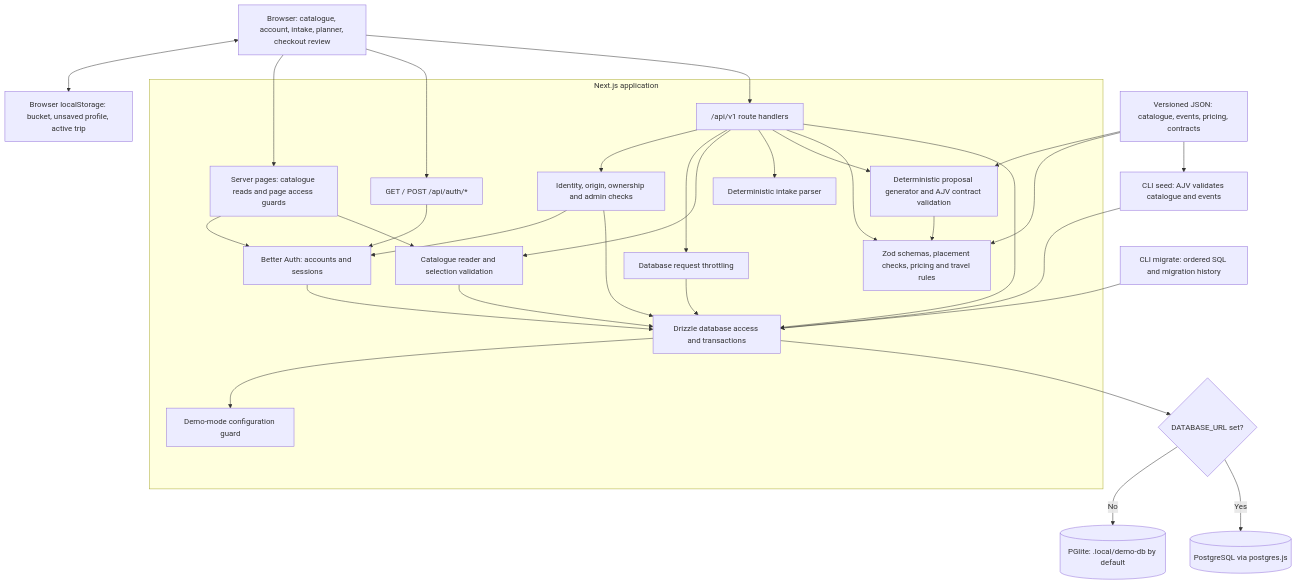
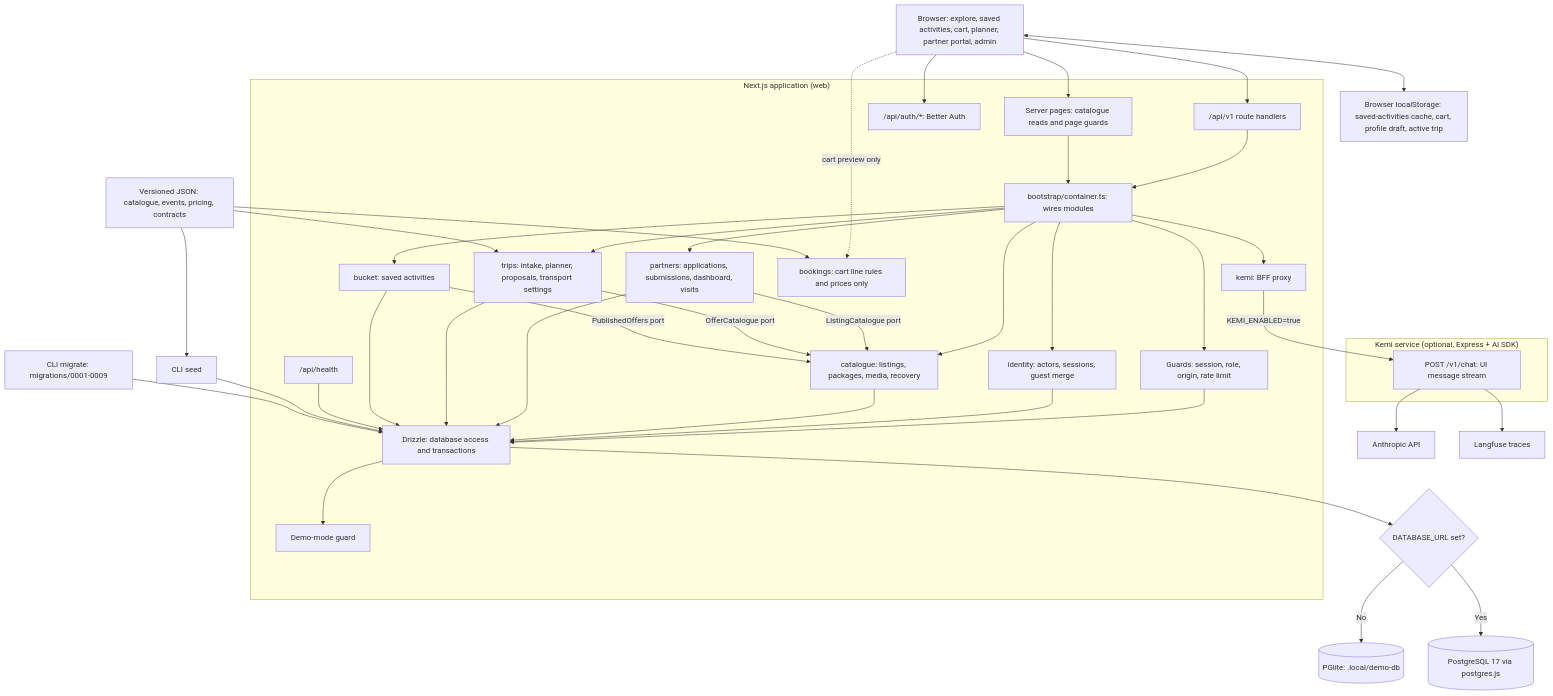
The diagram in docs/backend-data-flow.mmd (Kcfreshly/tourism-app), drawn with Mermaid before and after one commit. The commit also changed 21 other files, not shown here.

```diff
--- a/docs/backend-data-flow.mmd
+++ b/docs/backend-data-flow.mmd
@@ -1,49 +1,63 @@
 flowchart TD
-    Browser["Browser: catalogue, account, intake, planner, checkout review"]
-    Local["Browser localStorage: bucket, unsaved profile, active trip"]
+    Browser["Browser: explore, saved activities, cart, planner, partner portal, admin"]
+    Local["Browser localStorage: saved-activities cache, cart, profile draft, active trip"]
     Browser <--> Local
 
-    subgraph App["Next.js application"]
-        Pages["Server pages: catalogue reads and page access guards"]
-        AuthAPI["GET / POST /api/auth/*"]
+    subgraph App["Next.js application (web)"]
+        Pages["Server pages: catalogue reads and page guards"]
+        AuthAPI["/api/auth/*: Better Auth"]
         API["/api/v1 route handlers"]
-        Auth["Better Auth: accounts and sessions"]
-        Guards["Identity, origin, ownership and admin checks"]
-        Limits["Database request throttling"]
-        Catalogue["Catalogue reader and selection validation"]
-        Intake["Deterministic intake parser"]
-        Planner["Deterministic proposal generator and AJV contract validation"]
-        Domain["Zod schemas, placement checks, pricing and travel rules"]
-        DB["Drizzle database access and transactions"]
-        Config["Demo-mode configuration guard"]
+        Health["/api/health"]
+        Container["bootstrap/container.ts: wires modules"]
+        Guards["Guards: session, role, origin, rate limit"]
+        Identity["identity: actors, sessions, guest merge"]
+        Catalogue["catalogue: listings, packages, media, recovery"]
+        Partners["partners: applications, submissions, dashboard, visits"]
+        Trips["trips: intake, planner, proposals, transport settings"]
+        Bucket["bucket: saved activities"]
+        Bookings["bookings: cart line rules and prices only"]
+        KemiBFF["kemi: BFF proxy"]
+        DB["Drizzle: database access and transactions"]
+        Config["Demo-mode guard"]
+    end
+
+    subgraph KemiSvc["Kemi service (optional, Express + AI SDK)"]
+        Chat["POST /v1/chat: UI message stream"]
     end
 
     Browser --> Pages
     Browser --> AuthAPI
     Browser --> API
-    AuthAPI --> Auth
-    Pages --> Auth
-    Pages --> Catalogue
-    API --> Guards
-    Guards --> Auth
+    API --> Container
+    Pages --> Container
+    Container --> Guards
+    Container --> Identity
+    Container --> Catalogue
+    Container --> Partners
+    Container --> Trips
+    Container --> Bucket
+    Container --> KemiBFF
+    Partners -->|ListingCatalogue port| Catalogue
+    Trips -->|OfferCatalogue port| Catalogue
+    Bucket -->|PublishedOffers port| Catalogue
     Guards --> DB
-    API --> Limits
-    Limits --> DB
-    API --> Catalogue
-    API --> Intake
-    API --> Planner
-    API --> Domain
-    API --> DB
-    Planner --> Domain
+    Identity --> DB
     Catalogue --> DB
-    Auth --> DB
+    Partners --> DB
+    Trips --> DB
+    Bucket --> DB
+    Health --> DB
+    KemiBFF -->|KEMI_ENABLED=true| Chat
+    Chat --> Anthropic["Anthropic API"]
+    Chat --> Langfuse["Langfuse traces"]
+    Browser -. "cart preview only" .-> Bookings
     DB --> Config
 
     DB --> Choice{"DATABASE_URL set?"}
-    Choice -->|No| PGlite[("PGlite: .local/demo-db by default")]
-    Choice -->|Yes| PG[("PostgreSQL via postgres.js")]
-    Fixtures["Versioned JSON: catalogue, events, pricing, contracts"] --> Planner
-    Fixtures --> Domain
-    Fixtures --> Seed["CLI seed: AJV validates catalogue and events"]
+    Choice -->|No| PGlite[("PGlite: .local/demo-db")]
+    Choice -->|Yes| PG[("PostgreSQL 17 via postgres.js")]
+    Fixtures["Versioned JSON: catalogue, events, pricing, contracts"] --> Trips
+    Fixtures --> Bookings
+    Fixtures --> Seed["CLI seed"]
     Seed --> DB
-    Migrations["CLI migrate: ordered SQL and migration history"] --> DB
+    Migrations["CLI migrate: migrations/0001-0009"] --> DB
```
